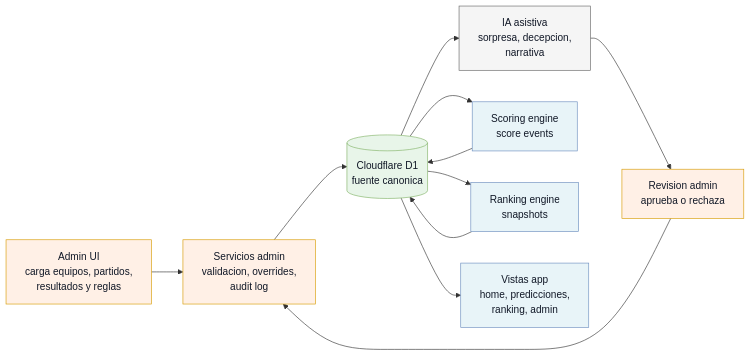
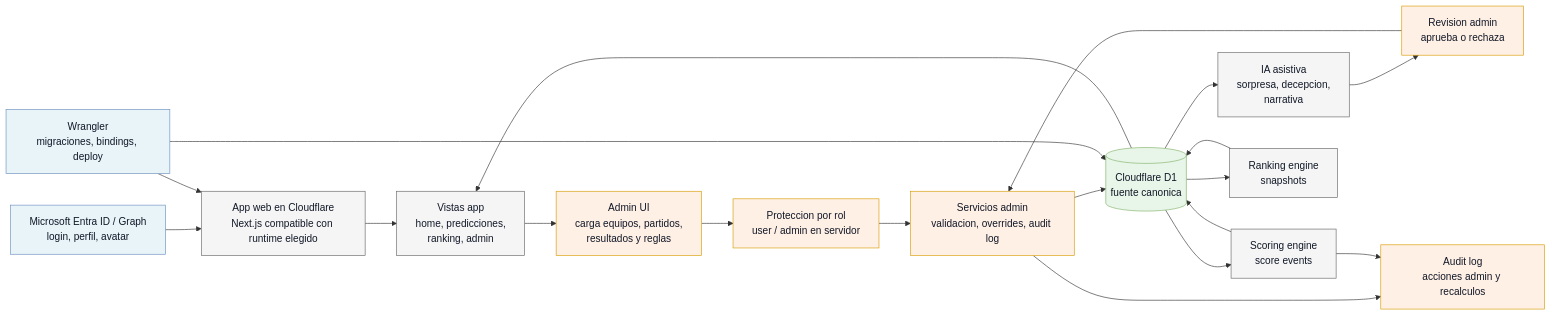
The diagram in docs/diagrams/d1-manual-ingestion-architecture.md (C3SC0-V4113/ara-world-cup-context-hub), drawn with Mermaid before and after one commit. The commit also changed other lines of this file and 4 other files, not shown here.

Commit message:
mermaids repaired

````diff
--- a/docs/diagrams/d1-manual-ingestion-architecture.md
+++ b/docs/diagrams/d1-manual-ingestion-architecture.md
@@ -5,32 +5,45 @@
 ```mermaid
 flowchart LR
-  admin["Admin UI<br/>carga equipos, partidos,<br/>resultados y reglas"]
-  adminSvc["Servicios admin<br/>validacion, overrides,<br/>audit log"]
-  ai["IA asistiva<br/>sorpresa, decepcion,<br/>narrativa"]
-  review["Revision admin<br/>aprueba o rechaza"]
-  d1[("Cloudflare D1<br/>fuente canonica")]
-  scoring["Scoring engine<br/>score events"]
-  ranking["Ranking engine<br/>snapshots"]
-  views["Vistas app<br/>home, predicciones,<br/>ranking, admin"]
+  microsoftIdentity["Microsoft Entra ID / Graph<br/>login, perfil, avatar"]
+  appShell["App web en Cloudflare<br/>Next.js compatible con runtime elegido"]
+  adminUi["Admin UI<br/>carga equipos, partidos,<br/>resultados y reglas"]
+  roleGuard["Proteccion por rol<br/>user / admin en servidor"]
+  adminServices["Servicios admin<br/>validacion, overrides, audit log"]
+  assistiveAi["IA asistiva<br/>sorpresa, decepcion,<br/>narrativa"]
+  adminReview["Revision admin<br/>aprueba o rechaza"]
+  d1Store[("Cloudflare D1<br/>fuente canonica")]
+  scoringEngine["Scoring engine<br/>score events"]
+  rankingEngine["Ranking engine<br/>snapshots"]
+  auditLog["Audit log<br/>acciones admin y recalculos"]
+  appViews["Vistas app<br/>home, predicciones,<br/>ranking, admin"]
+  wranglerOps["Wrangler<br/>migraciones, bindings, deploy"]
 
-  admin --> adminSvc
-  adminSvc --> d1
-  d1 --> ai
-  ai --> review
-  review --> adminSvc
-  d1 --> scoring
-  scoring --> d1
-  d1 --> ranking
-  ranking --> d1
-  d1 --> views
+  microsoftIdentity --> appShell
+  appShell --> appViews
+  appViews --> adminUi
+  adminUi --> roleGuard
+  roleGuard --> adminServices
+  adminServices --> d1Store
+  adminServices --> auditLog
+  d1Store --> assistiveAi
+  assistiveAi --> adminReview
+  adminReview --> adminServices
+  d1Store --> scoringEngine
+  scoringEngine --> d1Store
+  scoringEngine --> auditLog
+  d1Store --> rankingEngine
+  rankingEngine --> d1Store
+  d1Store --> appViews
+  wranglerOps --> appShell
+  wranglerOps --> d1Store
 
-  classDef source fill:#e8f4f8,stroke:#6c8ebf,color:#111827
-  classDef store fill:#e8f5e9,stroke:#82b366,color:#111827
+  classDef sourceCls fill:#e8f4f8,stroke:#6c8ebf,color:#111827
+  classDef storeCls fill:#e8f5e9,stroke:#82b366,color:#111827
   classDef adminCls fill:#fff0e6,stroke:#d79b00,color:#111827
-  classDef aiCls fill:#f5f5f5,stroke:#666666,color:#111827
+  classDef processCls fill:#f5f5f5,stroke:#666666,color:#111827
 
-  class admin,adminSvc,review adminCls
-  class d1 store
-  class ai aiCls
-  class scoring,ranking,views source
+  class microsoftIdentity,wranglerOps sourceCls
+  class d1Store storeCls
+  class adminUi,roleGuard,adminServices,adminReview,auditLog adminCls
+  class appShell,assistiveAi,scoringEngine,rankingEngine,appViews processCls
 ```
````
